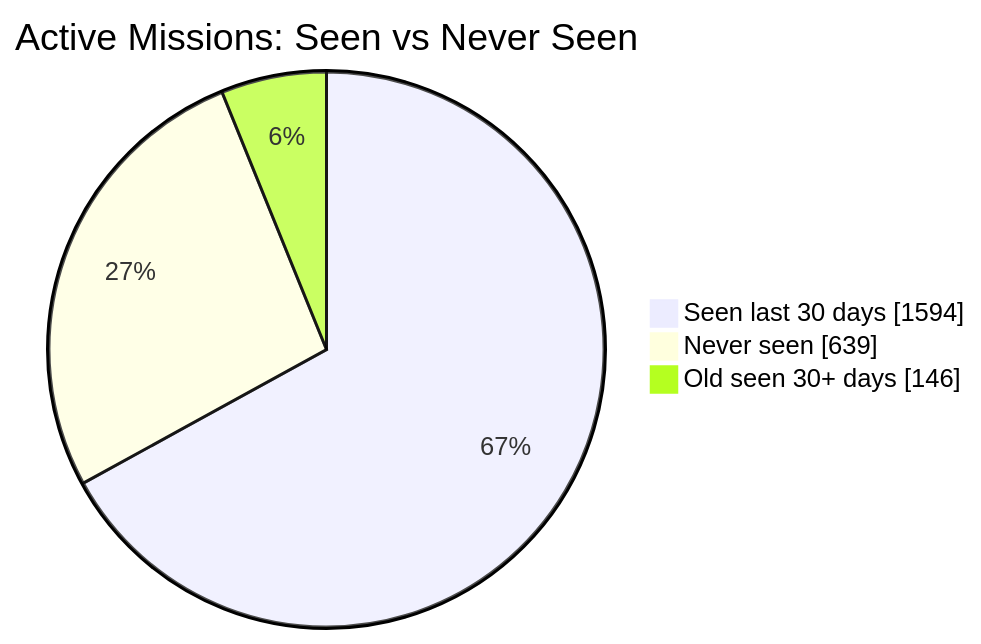
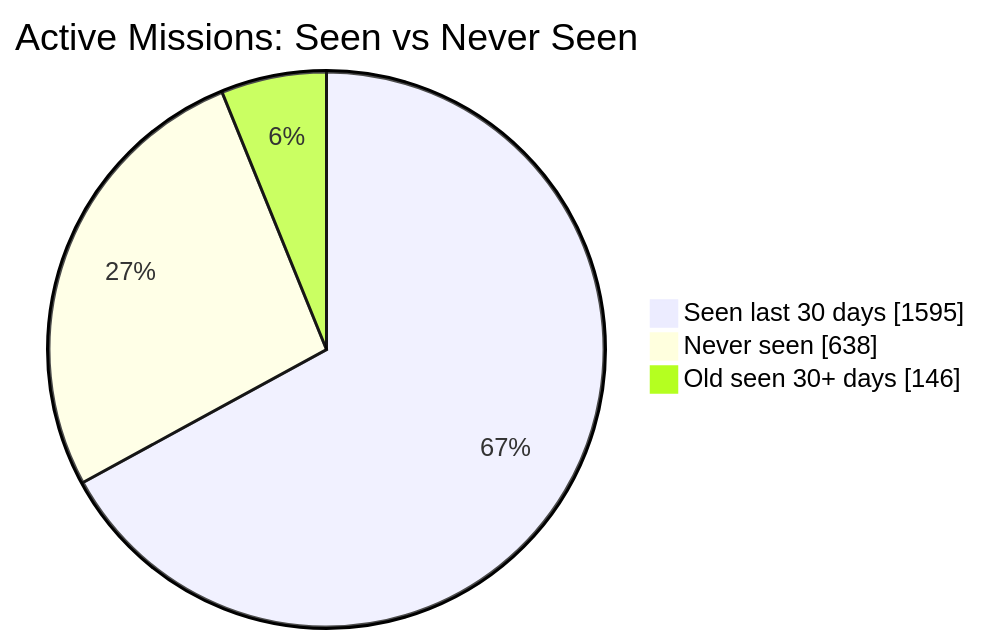
Before and after one commit to MeldkamerspelGameTeam/active-missions: the first of 2 diagrams in README.md, drawn with Mermaid. The commit also changed other lines of this file and 2 other files, not shown here.

````diff
--- a/README.md
+++ b/README.md
@@ -34,7 +34,7 @@
 ```mermaid
 pie showData
     title Active Missions: Seen vs Never Seen
-    "Seen last 30 days" : 1594
-    "Never seen" : 639
+    "Seen last 30 days" : 1595
+    "Never seen" : 638
     "Old seen 30+ days" : 146
 ```
````
